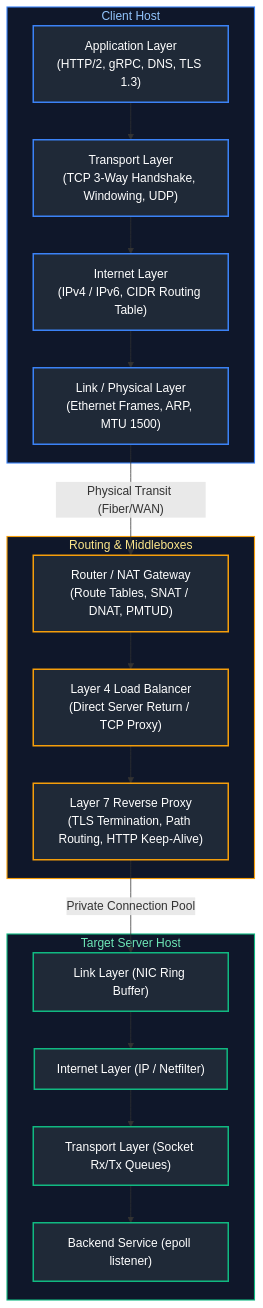
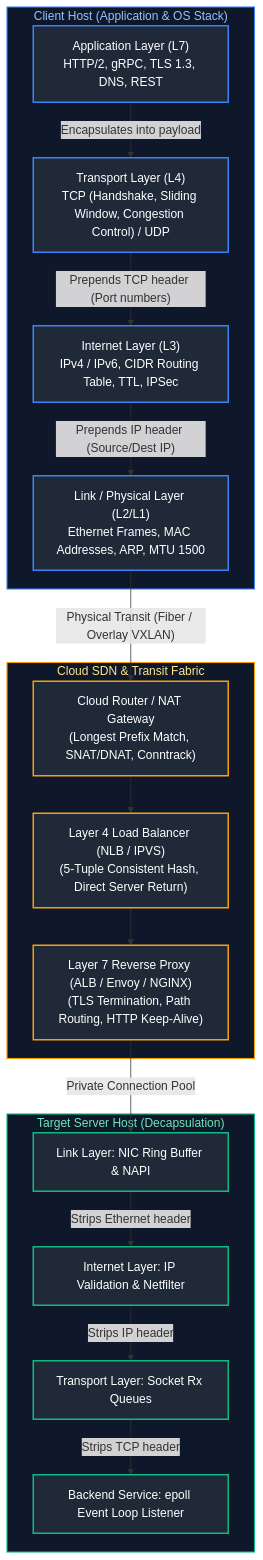
One commit to joydeep-biswas/Interview-Preparation changed the first of 13 diagrams in Cloud Engineering/02_networking_fundamentals.md. Above: the diagram before and after it, drawn with Mermaid. The commit also changed other lines of this file and 143 other files, not shown here.

````diff
--- a/Cloud Engineering/02_networking_fundamentals.md
+++ b/Cloud Engineering/02_networking_fundamentals.md
@@ -9,49 +11,53 @@
 ```mermaid
 flowchart TD
-    subgraph ClientHost ["Client Host"]
-        AppClient["Application Layer<br/>(HTTP/2, gRPC, DNS, TLS 1.3)"]
-        TransportClient["Transport Layer<br/>(TCP 3-Way Handshake, Windowing, UDP)"]
-        NetworkClient["Internet Layer<br/>(IPv4 / IPv6, CIDR Routing Table)"]
-        LinkClient["Link / Physical Layer<br/>(Ethernet Frames, ARP, MTU 1500)"]
+    subgraph ClientHost ["Client Host (Application & OS Stack)"]
+        AppClient["Application Layer (L7)<br/>HTTP/2, gRPC, TLS 1.3, DNS, REST"]
+        TransportClient["Transport Layer (L4)<br/>TCP (Handshake, Sliding Window, Congestion Control) / UDP"]
+        NetworkClient["Internet Layer (L3)<br/>IPv4 / IPv6, CIDR Routing Table, TTL, IPSec"]
+        LinkClient["Link / Physical Layer (L2/L1)<br/>Ethernet Frames, MAC Addresses, ARP, MTU 1500"]
 
-        AppClient --> TransportClient --> NetworkClient --> LinkClient
+        AppClient -->|"Encapsulates into payload"| TransportClient
+        TransportClient -->|"Prepends TCP header (Port numbers)"| NetworkClient
+        NetworkClient -->|"Prepends IP header (Source/Dest IP)"| LinkClient
     end
 
-    subgraph TransitFabric ["Routing & Middleboxes"]
-        RouterNAT["Router / NAT Gateway<br/>(Route Tables, SNAT / DNAT, PMTUD)"]
-        L4LB["Layer 4 Load Balancer<br/>(Direct Server Return / TCP Proxy)"]
-        L7Proxy["Layer 7 Reverse Proxy<br/>(TLS Termination, Path Routing, HTTP Keep-Alive)"]
+    subgraph TransitFabric ["Cloud SDN & Transit Fabric"]
+        RouterNAT["Cloud Router / NAT Gateway<br/>(Longest Prefix Match, SNAT/DNAT, Conntrack)"]
+        L4LB["Layer 4 Load Balancer (NLB / IPVS)<br/>(5-Tuple Consistent Hash, Direct Server Return)"]
+        L7Proxy["Layer 7 Reverse Proxy (ALB / Envoy / NGINX)<br/>(TLS Termination, Path Routing, HTTP Keep-Alive)"]
 
         RouterNAT --> L4LB --> L7Proxy
     end
 
-    subgraph BackendHost ["Target Server Host"]
-        LinkServer["Link Layer (NIC Ring Buffer)"]
-        NetworkServer["Internet Layer (IP / Netfilter)"]
-        TransportServer["Transport Layer (Socket Rx/Tx Queues)"]
-        AppServer["Backend Service (epoll listener)"]
+    subgraph BackendHost ["Target Server Host (Decapsulation)"]
+        LinkServer["Link Layer: NIC Ring Buffer & NAPI"]
+        NetworkServer["Internet Layer: IP Validation & Netfilter"]
+        TransportServer["Transport Layer: Socket Rx Queues"]
+        AppServer["Backend Service: epoll Event Loop Listener"]
 
-        LinkServer --> NetworkServer --> TransportServer --> AppServer
+        LinkServer -->|"Strips Ethernet header"| NetworkServer
+        NetworkServer -->|"Strips IP header"| TransportServer
+        TransportServer -->|"Strips TCP header"| AppServer
     end
 
-    LinkClient -->|"Physical Transit (Fiber/WAN)"| RouterNAT
+    LinkClient -->|"Physical Transit (Fiber / Overlay VXLAN)"| RouterNAT
     L7Proxy -->|"Private Connection Pool"| LinkServer
 
     style ClientHost fill:#0f172a,stroke:#3b82f6,stroke-width:1.5px,color:#93c5fd
     style TransitFabric fill:#0f172a,stroke:#f59e0b,stroke-width:1.5px,color:#fde68a
     style BackendHost fill:#0f172a,stroke:#10b981,stroke-width:1.5px,color:#6ee7b7
 
     style AppClient fill:#1f2937,stroke:#3b82f6,stroke-width:2px,color:#fff
     style TransportClient fill:#1f2937,stroke:#3b82f6,stroke-width:2px,color:#fff
     style NetworkClient fill:#1f2937,stroke:#3b82f6,stroke-width:2px,color:#fff
     style LinkClient fill:#1f2937,stroke:#3b82f6,stroke-width:2px,color:#fff
 
     style RouterNAT fill:#1f2937,stroke:#f59e0b,stroke-width:2px,color:#fff
     style L4LB fill:#1f2937,stroke:#f59e0b,stroke-width:2px,color:#fff
     style L7Proxy fill:#1f2937,stroke:#f59e0b,stroke-width:2px,color:#fff
 
     style LinkServer fill:#1f2937,stroke:#10b981,stroke-width:2px,color:#fff
     style NetworkServer fill:#1f2937,stroke:#10b981,stroke-width:2px,color:#fff
     style TransportServer fill:#1f2937,stroke:#10b981,stroke-width:2px,color:#fff
     style AppServer fill:#1f2937,stroke:#10b981,stroke-width:2px,color:#fff
 ```
````
